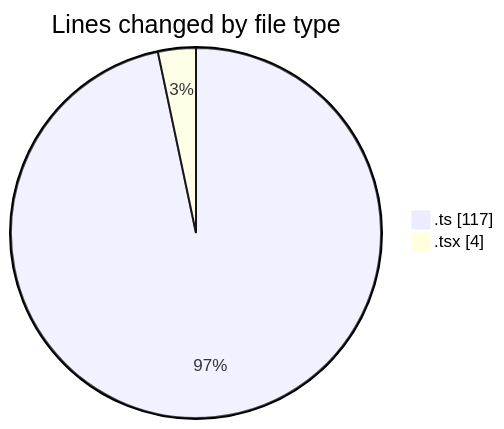
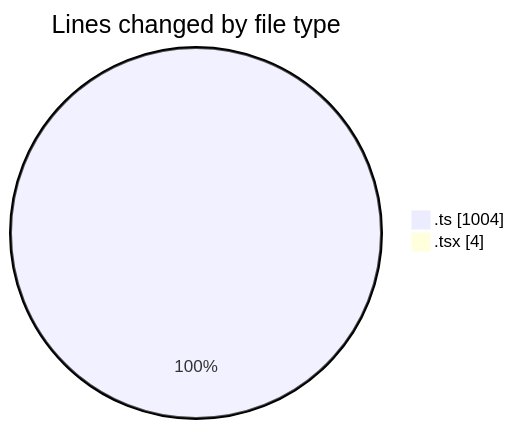
The first of 2 diagrams in 2025-09-11/cda/README.md (momahboobian/code-tracking), drawn with Mermaid before and after one commit. The commit also changed other lines of this file and 1 other file, not shown here.

````diff
--- a/2025-09-11/cda/README.md
+++ b/2025-09-11/cda/README.md
@@ -24,6 +24,6 @@
 ```mermaid
 pie showData
 title Lines changed by file type
-".ts" : 117
+".ts" : 1004
 ".tsx" : 4
 ```
````
